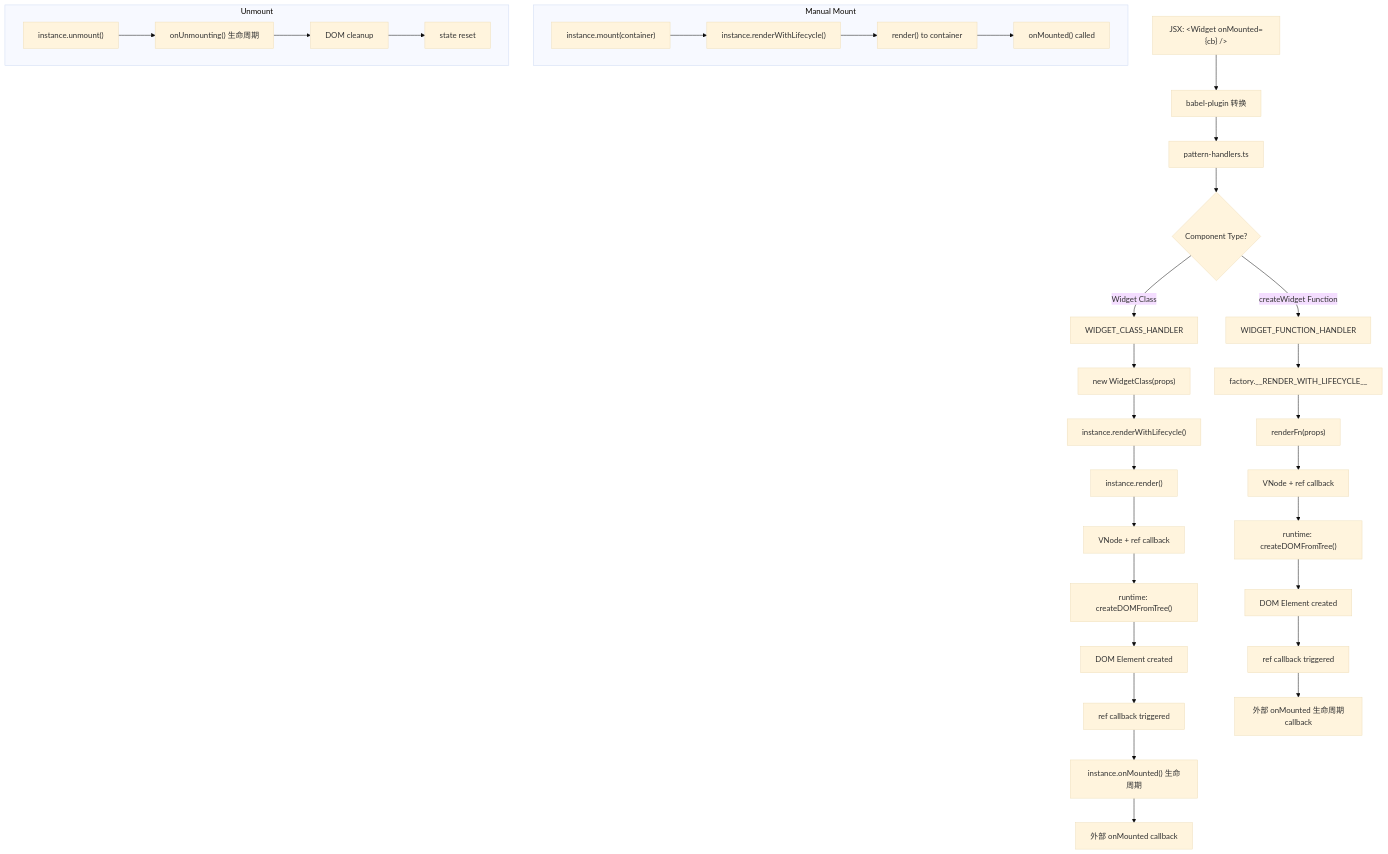
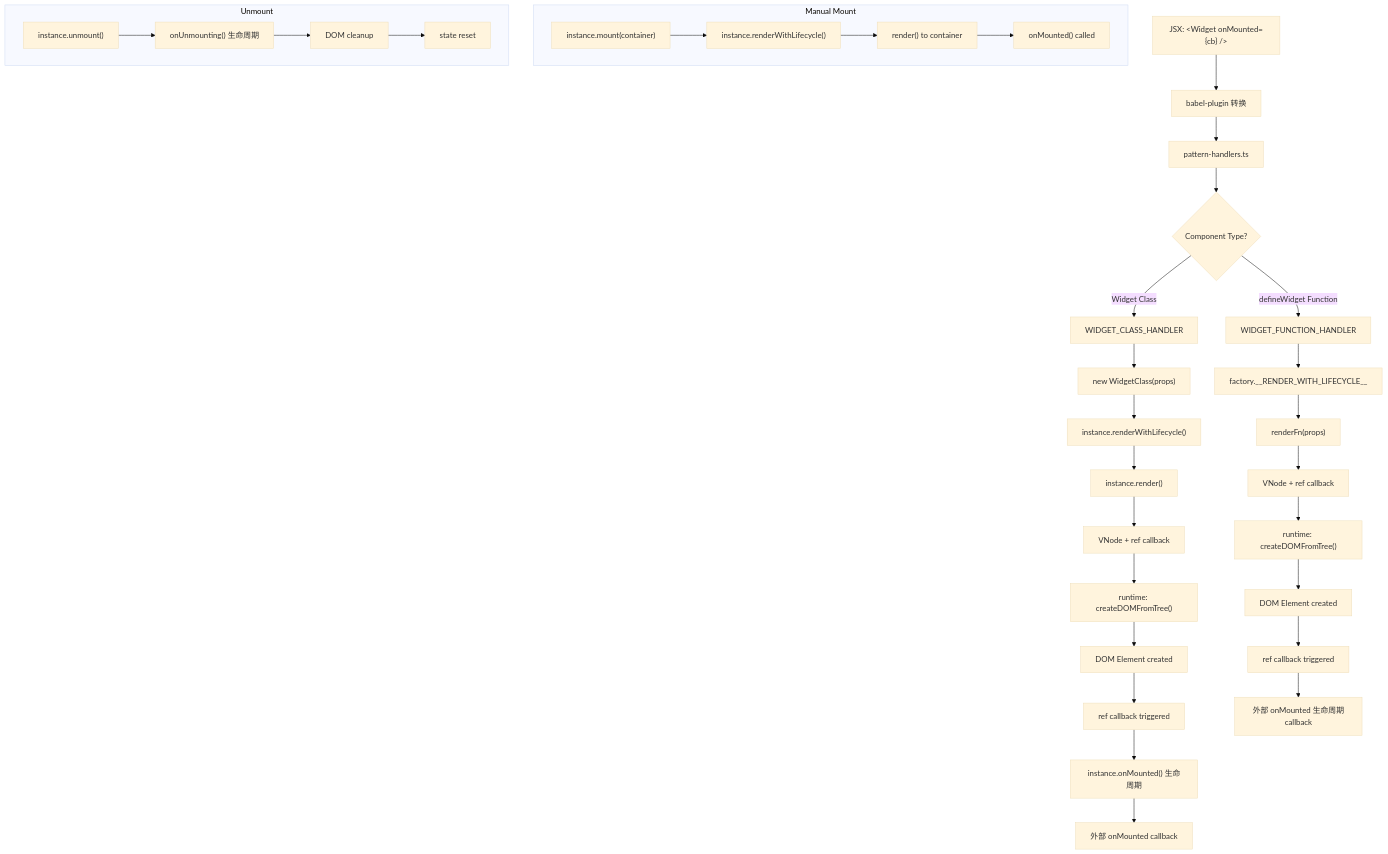
One commit to fukict/fukict changed the diagram in packages/widget/LIFECYCLE.md. Above: the diagram before and after it, drawn with Mermaid (base theme). The commit also changed other lines of this file and 19 other files, not shown here.

Commit message:
fix: refactor: consolidate metadata structure and add defineWidget alias

````diff
--- a/packages/widget/LIFECYCLE.md
+++ b/packages/widget/LIFECYCLE.md
@@ -5,38 +5,38 @@
 ```mermaid
 graph TD
     A["JSX: &lt;Widget onMounted={cb} /&gt;"] --> B["babel-plugin 转换"]
     B --> C["pattern-handlers.ts"]
     C --> D{"Component Type?"}
 
     D -->|"Widget Class"| E["WIDGET_CLASS_HANDLER"]
     E --> F["new WidgetClass(props)"]
     F --> G["instance.renderWithLifecycle()"]
     G --> H["instance.render()"]
     H --> I["VNode + ref callback"]
     I --> J["runtime: createDOMFromTree()"]
     J --> K["DOM Element created"]
     K --> L["ref callback triggered"]
     L --> M["instance.onMounted() 生命周期"]
     M --> N["外部 onMounted callback"]
 
-    D -->|"createWidget Function"| O["WIDGET_FUNCTION_HANDLER"]
+    D -->|"defineWidget Function"| O["WIDGET_FUNCTION_HANDLER"]
     O --> P["factory.__RENDER_WITH_LIFECYCLE__"]
     P --> Q["renderFn(props)"]
     Q --> R["VNode + ref callback"]
     R --> S["runtime: createDOMFromTree()"]
     S --> T["DOM Element created"]
     T --> U["ref callback triggered"]
     U --> V["外部 onMounted 生命周期callback"]
 
     subgraph "Manual Mount"
     W["instance.mount(container)"] --> X["instance.renderWithLifecycle()"]
     X --> Y["render() to container"]
     Y --> Z["onMounted() called"]
     end
 
     subgraph "Unmount"
     AA["instance.unmount()"] --> BB["onUnmounting() 生命周期"]
     BB --> CC["DOM cleanup"]
     CC --> DD["state reset"]
     end
 ```
````
